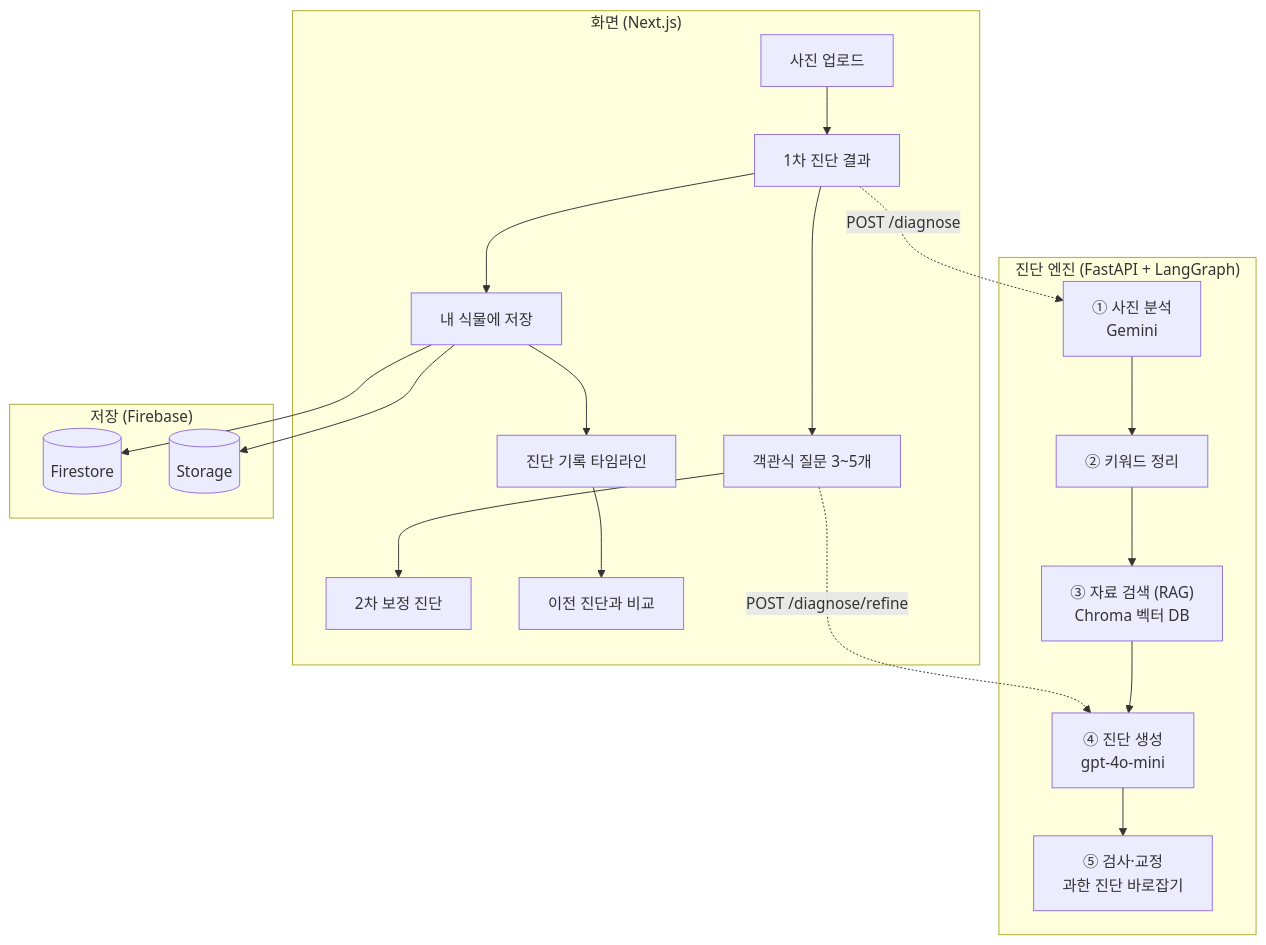
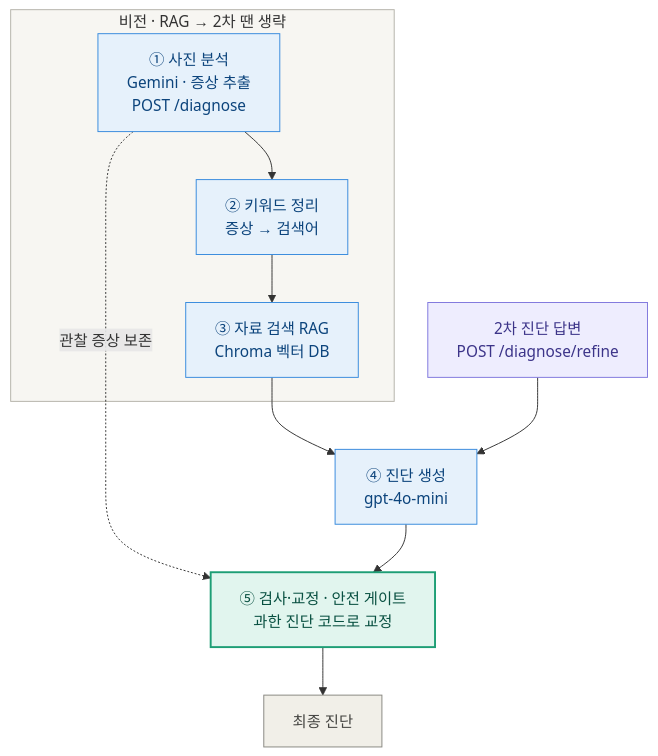
The second of 2 diagrams in README.md (rangedayo/plant-diagnosis), drawn with Mermaid before and after one commit. The commit also changed other lines of this file and 4 other files, not shown here.

First line of the commit message:
docs: README 다듬기 — 주요 화면 스크린샷·다이어그램 분할·실행 포트 정정

````diff
--- a/README.md
+++ b/README.md
@@ -36,28 +75,27 @@
 ```mermaid
 flowchart TB
-    subgraph FE["화면 (Next.js)"]
-        U[사진 업로드] --> R["1차 진단 결과"]
-        R --> FU["객관식 질문 3~5개"]
-        FU --> R2["2차 보정 진단"]
-        R --> SV["내 식물에 저장"]
-        SV --> TL["진단 기록 타임라인"]
-        TL --> CMP["이전 진단과 비교"]
+    subgraph SKIP["비전 · RAG → 2차 땐 생략"]
+        A["① 사진 분석<br/>Gemini · 증상 추출<br/>POST /diagnose"]
+        K["② 키워드 정리<br/>증상 → 검색어"]
+        RET["③ 자료 검색 RAG<br/>Chroma 벡터 DB"]
+        A --> K --> RET
     end
 
-    subgraph BE["진단 엔진 (FastAPI + LangGraph)"]
-        A["① 사진 분석<br/>Gemini"] --> K["② 키워드 정리"]
-        K --> RET["③ 자료 검색 (RAG)<br/>Chroma 벡터 DB"]
-        RET --> G["④ 진단 생성<br/>gpt-4o-mini"]
-        G --> SG["⑤ 검사·교정<br/>과한 진단 바로잡기"]
-    end
+    RET --> G["④ 진단 생성<br/>gpt-4o-mini"]
+    G --> SG["⑤ 검사·교정 · 안전 게이트<br/>과한 진단 코드로 교정"]
+    SG --> OUT["최종 진단"]
 
-    subgraph DATA["저장 (Firebase)"]
-        FS[(Firestore)]
-        ST[(Storage)]
-    end
+    REF["2차 진단 답변<br/>POST /diagnose/refine"] --> G
+    A -. 관찰 증상 보존 .-> SG
 
-    R -. "POST /diagnose" .-> A
-    FU -. "POST /diagnose/refine" .-> G
-    SV --> FS
-    SV --> ST
+    style SKIP fill:#F7F6F2,stroke:#B4B2A9
+    classDef io fill:#F1EFE8,stroke:#888780,color:#444441
+    classDef proc fill:#E6F1FB,stroke:#378ADD,color:#0C447C
+    classDef gate fill:#E1F5EE,stroke:#1D9E75,color:#085041,stroke-width:2px
+    classDef refine fill:#EEEDFE,stroke:#7F77DD,color:#3C3489
+
+    class OUT io
+    class A,K,RET,G proc
+    class SG gate
+    class REF refine
 ```
````
